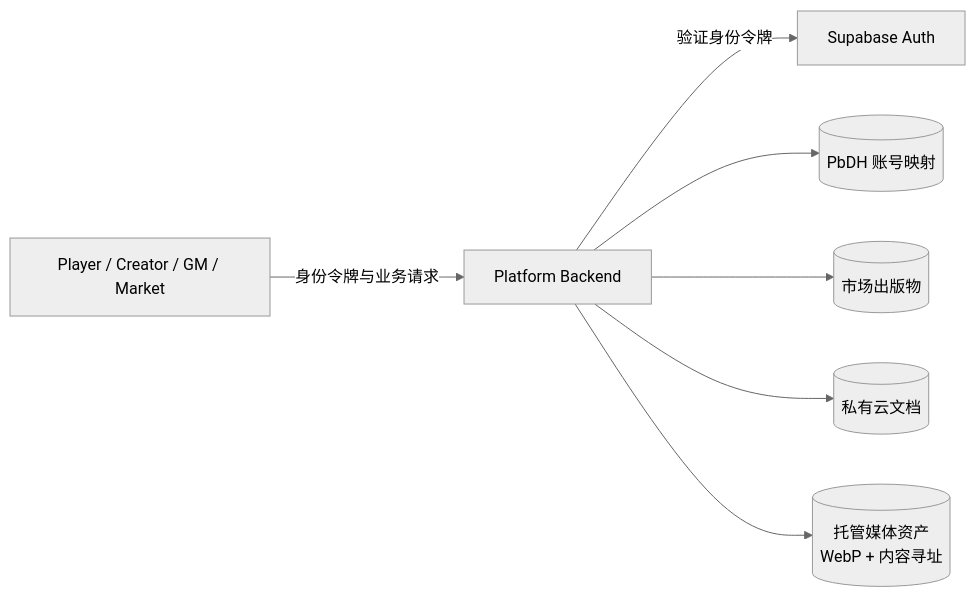
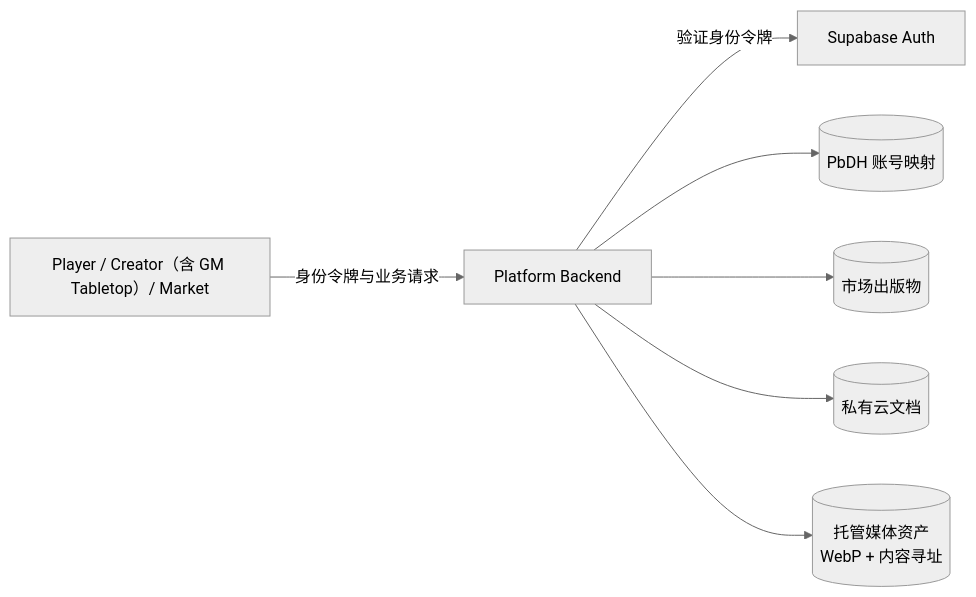
Before and after one commit to ZZZZzzzzac/PbDH: the sixth of 8 diagrams in docs/c4.md, drawn with Mermaid (neutral theme). The commit also changed other lines of this file and 26 other files, not shown here.

````diff
--- a/docs/c4.md
+++ b/docs/c4.md
@@ -117,10 +119,10 @@
 ```mermaid
 flowchart LR
-    apps["Player / Creator / GM / Market"] -->|"身份令牌与业务请求"| backend["Platform Backend"]
+    apps["Player / Creator（含 GM Tabletop）/ Market"] -->|"身份令牌与业务请求"| backend["Platform Backend"]
 
     backend -->|"验证身份令牌"| supabase["Supabase Auth"]
     backend --> identity[("PbDH 账号映射")]
     backend --> publications[("市场出版物")]
     backend --> documents[("私有云文档")]
     backend --> assets[("托管媒体资产<br/>WebP + 内容寻址")]
 ```
````
